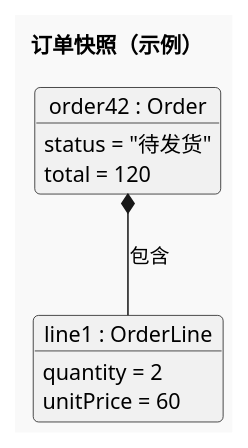
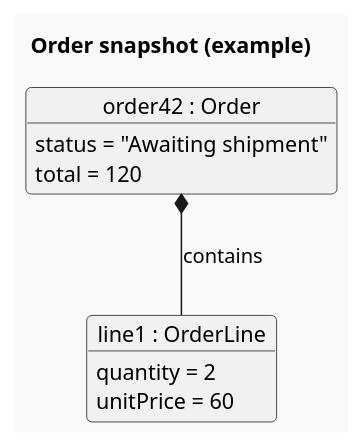
One commit to def-peter/fuxian changed the second of 3 diagrams in skills/fuxian-diagram/references/plantuml/use-case-object-package.md. Above: the diagram before and after it, drawn with PlantUML. The commit also changed other lines of this file and 43 other files, not shown here.

Commit message:
feat(skills): internationalize diagram guides and expand type selection

````diff
--- a/skills/fuxian-diagram/references/plantuml/use-case-object-package.md
+++ b/skills/fuxian-diagram/references/plantuml/use-case-object-package.md
@@ -32,15 +32,15 @@
 ```plantuml
 @startuml
 !theme mars
-title 订单快照（示例）
+title Order snapshot (example)
 object "order42 : Order" as Order {
-  status = "待发货"
+  status = "Awaiting shipment"
   total = 120
 }
 object "line1 : OrderLine" as Line {
   quantity = 2
   unitPrice = 60
 }
-Order *-- Line : 包含
+Order *-- Line : contains
 @enduml
 ```
````
